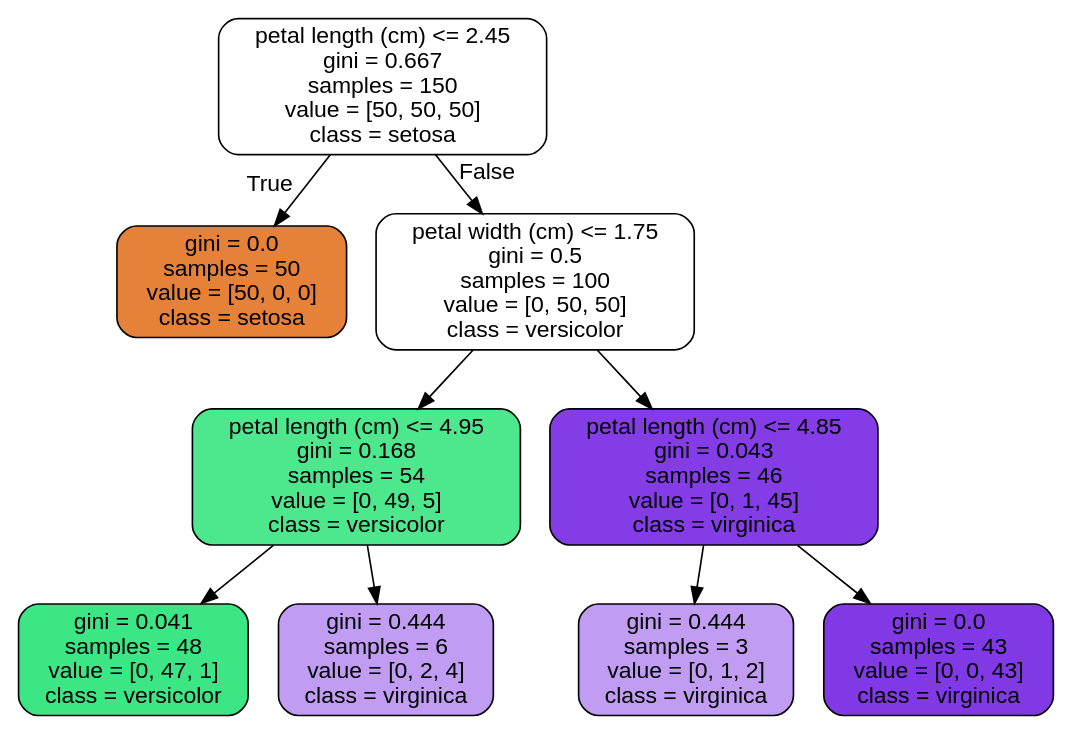
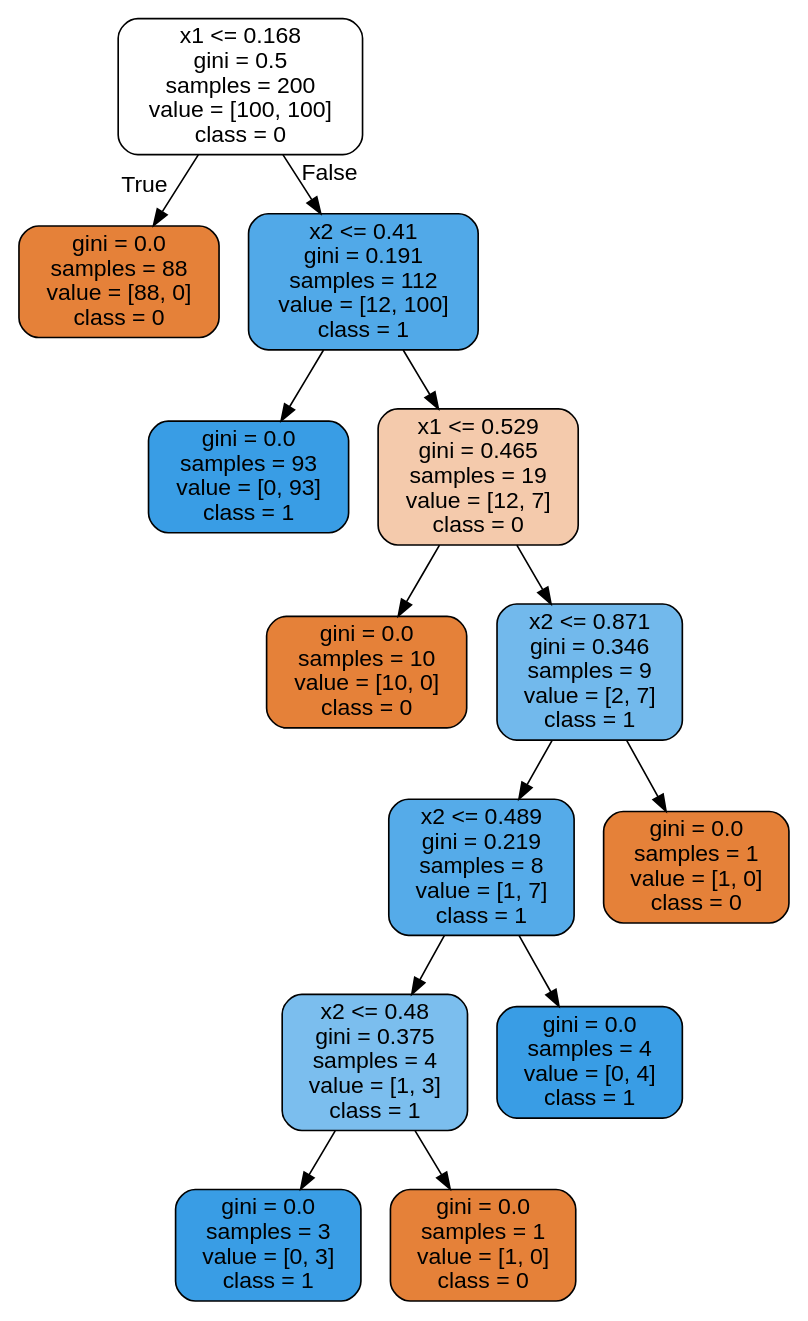
Before and after one commit to yeghor/Learning-Machine-Learning: the diagram in jupyter_notes/pictures/iris_tree.dot, drawn with Graphviz. The commit also changed 1 other file, not shown here.

```diff
--- a/jupyter_notes/pictures/iris_tree.dot
+++ b/jupyter_notes/pictures/iris_tree.dot
@@ -1,21 +1,29 @@
 digraph Tree {
 node [shape=box, style="filled, rounded", color="black", fontname="helvetica"] ;
 edge [fontname="helvetica"] ;
-0 [label="petal length (cm) <= 2.45\ngini = 0.667\nsamples = 150\nvalue = [50, 50, 50]\nclass = setosa", fillcolor="#ffffff"] ;
-1 [label="gini = 0.0\nsamples = 50\nvalue = [50, 0, 0]\nclass = setosa", fillcolor="#e58139"] ;
+0 [label="x1 <= 0.168\ngini = 0.5\nsamples = 200\nvalue = [100, 100]\nclass = 0", fillcolor="#ffffff"] ;
+1 [label="gini = 0.0\nsamples = 88\nvalue = [88, 0]\nclass = 0", fillcolor="#e58139"] ;
 0 -> 1 [labeldistance=2.5, labelangle=45, headlabel="True"] ;
-2 [label="petal width (cm) <= 1.75\ngini = 0.5\nsamples = 100\nvalue = [0, 50, 50]\nclass = versicolor", fillcolor="#ffffff"] ;
+2 [label="x2 <= 0.41\ngini = 0.191\nsamples = 112\nvalue = [12, 100]\nclass = 1", fillcolor="#51a9e8"] ;
 0 -> 2 [labeldistance=2.5, labelangle=-45, headlabel="False"] ;
-3 [label="petal length (cm) <= 4.95\ngini = 0.168\nsamples = 54\nvalue = [0, 49, 5]\nclass = versicolor", fillcolor="#4de88e"] ;
+3 [label="gini = 0.0\nsamples = 93\nvalue = [0, 93]\nclass = 1", fillcolor="#399de5"] ;
 2 -> 3 ;
-4 [label="gini = 0.041\nsamples = 48\nvalue = [0, 47, 1]\nclass = versicolor", fillcolor="#3de684"] ;
-3 -> 4 ;
-5 [label="gini = 0.444\nsamples = 6\nvalue = [0, 2, 4]\nclass = virginica", fillcolor="#c09cf2"] ;
-3 -> 5 ;
-6 [label="petal length (cm) <= 4.85\ngini = 0.043\nsamples = 46\nvalue = [0, 1, 45]\nclass = virginica", fillcolor="#843de6"] ;
-2 -> 6 ;
-7 [label="gini = 0.444\nsamples = 3\nvalue = [0, 1, 2]\nclass = virginica", fillcolor="#c09cf2"] ;
+4 [label="x1 <= 0.529\ngini = 0.465\nsamples = 19\nvalue = [12, 7]\nclass = 0", fillcolor="#f4caac"] ;
+2 -> 4 ;
+5 [label="gini = 0.0\nsamples = 10\nvalue = [10, 0]\nclass = 0", fillcolor="#e58139"] ;
+4 -> 5 ;
+6 [label="x2 <= 0.871\ngini = 0.346\nsamples = 9\nvalue = [2, 7]\nclass = 1", fillcolor="#72b9ec"] ;
+4 -> 6 ;
+7 [label="x2 <= 0.489\ngini = 0.219\nsamples = 8\nvalue = [1, 7]\nclass = 1", fillcolor="#55abe9"] ;
 6 -> 7 ;
-8 [label="gini = 0.0\nsamples = 43\nvalue = [0, 0, 43]\nclass = virginica", fillcolor="#8139e5"] ;
-6 -> 8 ;
+8 [label="x2 <= 0.48\ngini = 0.375\nsamples = 4\nvalue = [1, 3]\nclass = 1", fillcolor="#7bbeee"] ;
+7 -> 8 ;
+9 [label="gini = 0.0\nsamples = 3\nvalue = [0, 3]\nclass = 1", fillcolor="#399de5"] ;
+8 -> 9 ;
+10 [label="gini = 0.0\nsamples = 1\nvalue = [1, 0]\nclass = 0", fillcolor="#e58139"] ;
+8 -> 10 ;
+11 [label="gini = 0.0\nsamples = 4\nvalue = [0, 4]\nclass = 1", fillcolor="#399de5"] ;
+7 -> 11 ;
+12 [label="gini = 0.0\nsamples = 1\nvalue = [1, 0]\nclass = 0", fillcolor="#e58139"] ;
+6 -> 12 ;
 }
```
